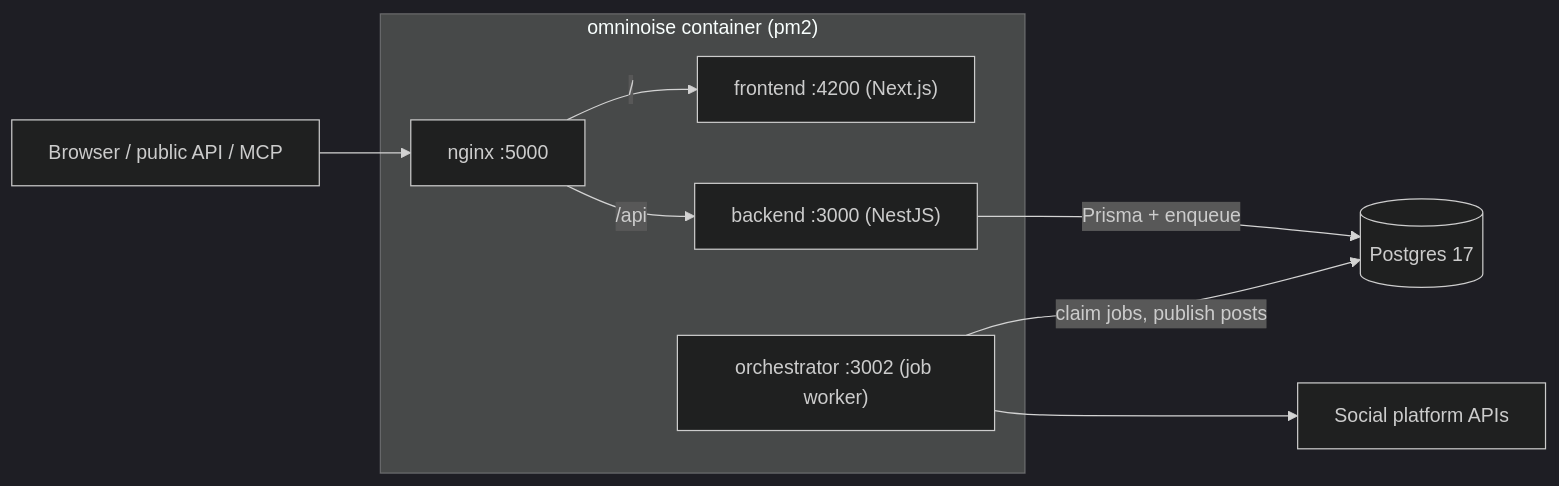
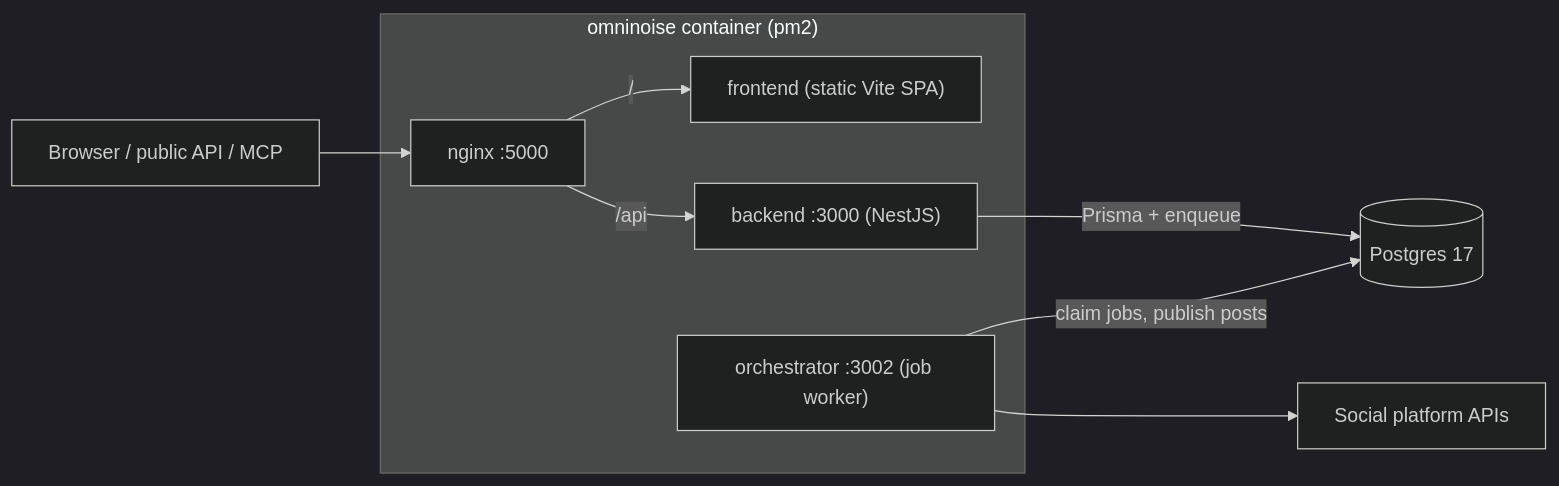
One commit to cuongtranba/omninoise changed the diagram in README.md. Above: the diagram before and after it, drawn with Mermaid (dark theme). The commit also changed other lines of this file and 132 other files, not shown here.

First line of the commit message:
Frontend: replace Next.js with a Vite React SPA

````diff
--- a/README.md
+++ b/README.md
@@ -18,12 +18,12 @@
 ```mermaid
 flowchart LR
   user["Browser / public API / MCP"] --> nginx["nginx :5000"]
   subgraph app["omninoise container (pm2)"]
-    nginx -->|"/"| frontend["frontend :4200 (Next.js)"]
+    nginx -->|"/"| frontend["frontend (static Vite SPA)"]
     nginx -->|"/api"| backend["backend :3000 (NestJS)"]
     orchestrator["orchestrator :3002 (job worker)"]
   end
   backend -->|"Prisma + enqueue"| pg[("Postgres 17")]
   orchestrator -->|"claim jobs, publish posts"| pg
   orchestrator --> social["Social platform APIs"]
 ```
````
